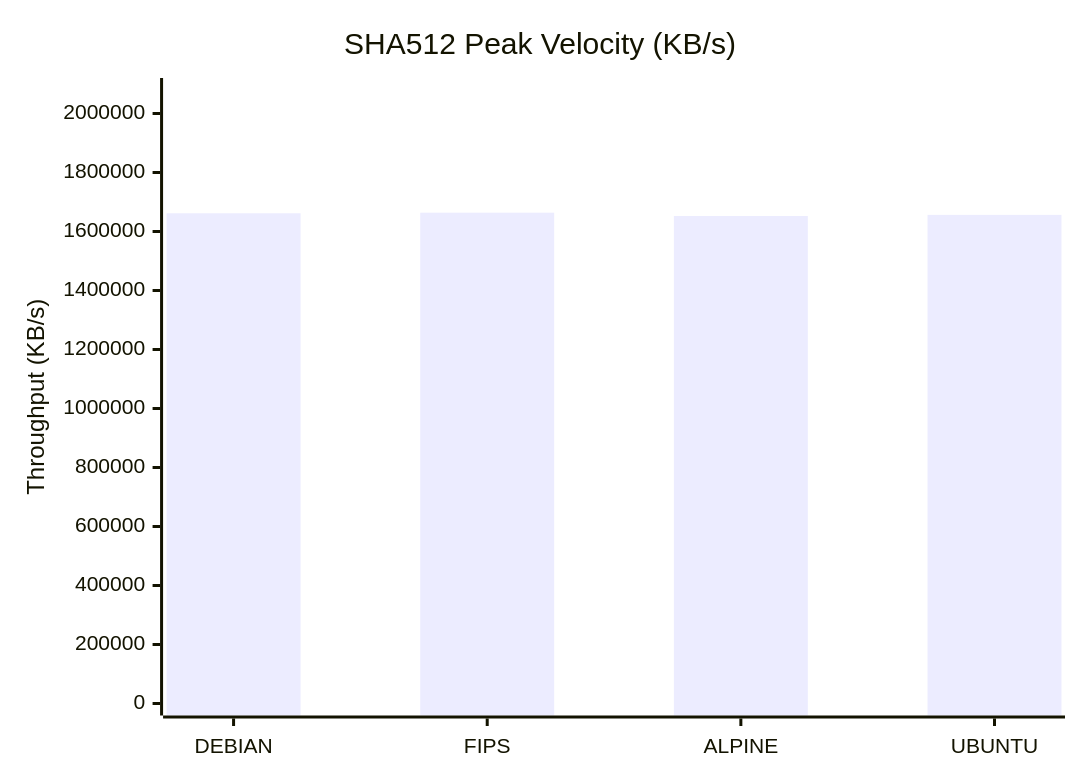
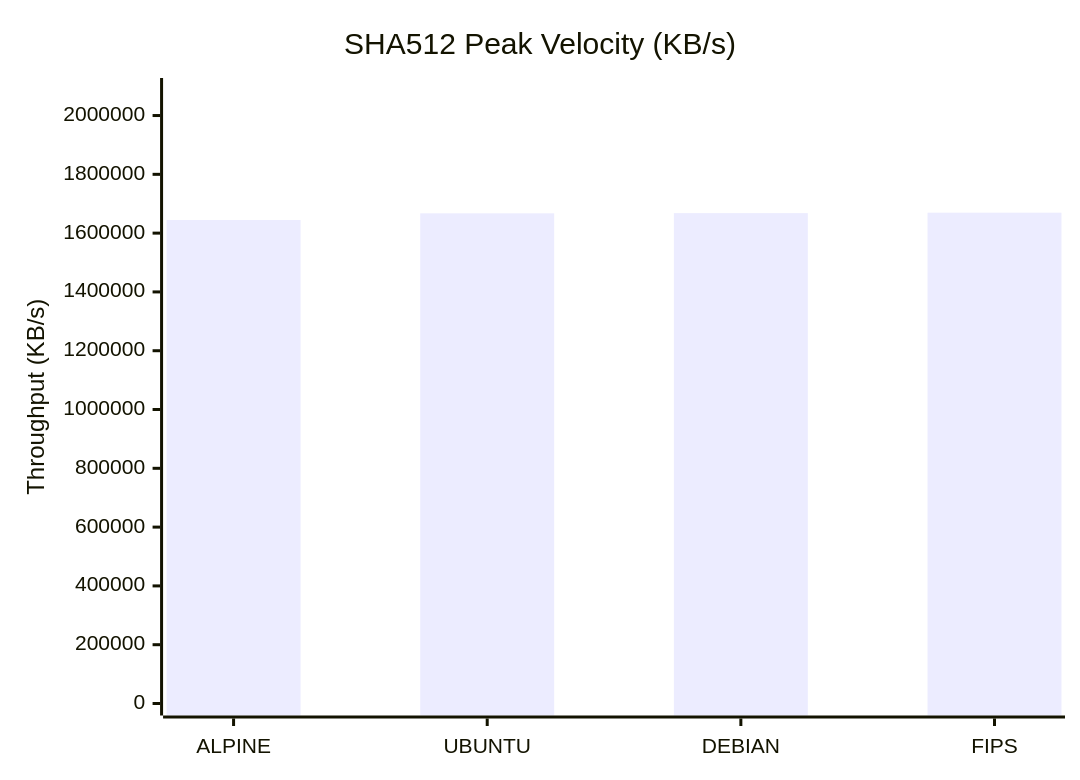
The fourth of 9 diagrams in docs/Comparison_Report.md (taha2samy/openssl_fips), drawn with Mermaid before and after one commit. The commit also changed other lines of this file and 2 other files, not shown here.

````diff
--- a/docs/Comparison_Report.md
+++ b/docs/Comparison_Report.md
@@ -83,7 +83,7 @@
 ```mermaid
 xychart-beta
     title "SHA512 Peak Velocity (KB/s)"
-    x-axis [DEBIAN, FIPS, ALPINE, UBUNTU]
-    y-axis "Throughput (KB/s)" 0 --> 2079674
-    bar [1661793.08, 1663739.49, 1652596.74, 1656383.08]
+    x-axis [ALPINE, UBUNTU, DEBIAN, FIPS]
+    y-axis "Throughput (KB/s)" 0 --> 2086852
+    bar [1644796.31, 1667316.12, 1667960.01, 1669482.09]
 ```
````
